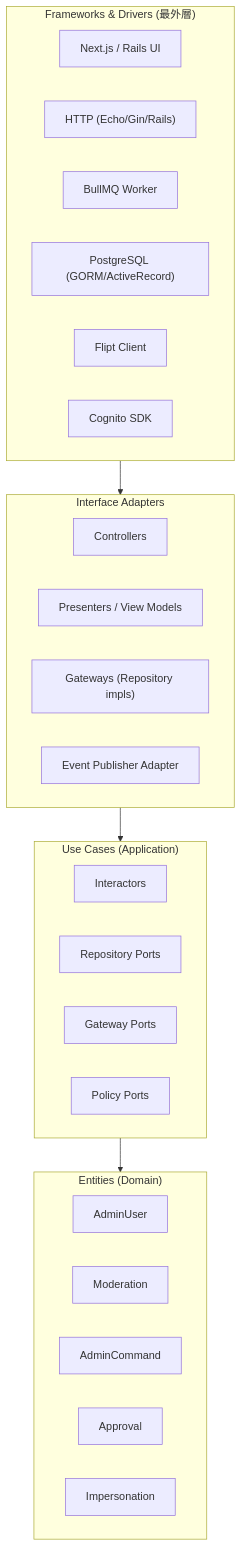
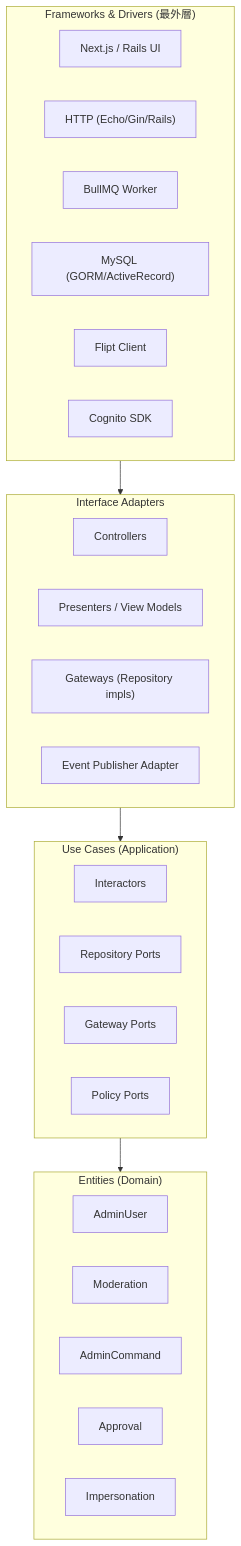
The diagram in docs/clean-architecture/admin-console-svc.md (Willen-Federation/Recerdo-Developers-Docs), drawn with Mermaid before and after one commit. The commit also changed other lines of this file and 31 other files, not shown here.

````diff
--- a/docs/clean-architecture/admin-console-svc.md
+++ b/docs/clean-architecture/admin-console-svc.md
@@ -13,37 +13,37 @@
 ```mermaid
 flowchart TB
   subgraph FW["Frameworks & Drivers (最外層)"]
     Next["Next.js / Rails UI"]
     HTTP["HTTP (Echo/Gin/Rails)"]
     BullMQ["BullMQ Worker"]
-    PG["PostgreSQL (GORM/ActiveRecord)"]
+    PG["MySQL (GORM/ActiveRecord)"]
     Flipt["Flipt Client"]
     Cognito["Cognito SDK"]
   end
 
   subgraph IA["Interface Adapters"]
     Ctrl["Controllers"]
     Presenter["Presenters / View Models"]
     Gateway["Gateways (Repository impls)"]
     EventPub["Event Publisher Adapter"]
   end
 
   subgraph UC["Use Cases (Application)"]
     Interactor["Interactors"]
     IRepo["Repository Ports"]
     IGateway["Gateway Ports"]
     IPolicy["Policy Ports"]
   end
 
   subgraph Entity["Entities (Domain)"]
     AdminUser_["AdminUser"]
     Moderation_["Moderation"]
     Command_["AdminCommand"]
     Approval_["Approval"]
     Impersonation_["Impersonation"]
   end
 
   FW --> IA
   IA --> UC
   UC --> Entity
 ```
````
